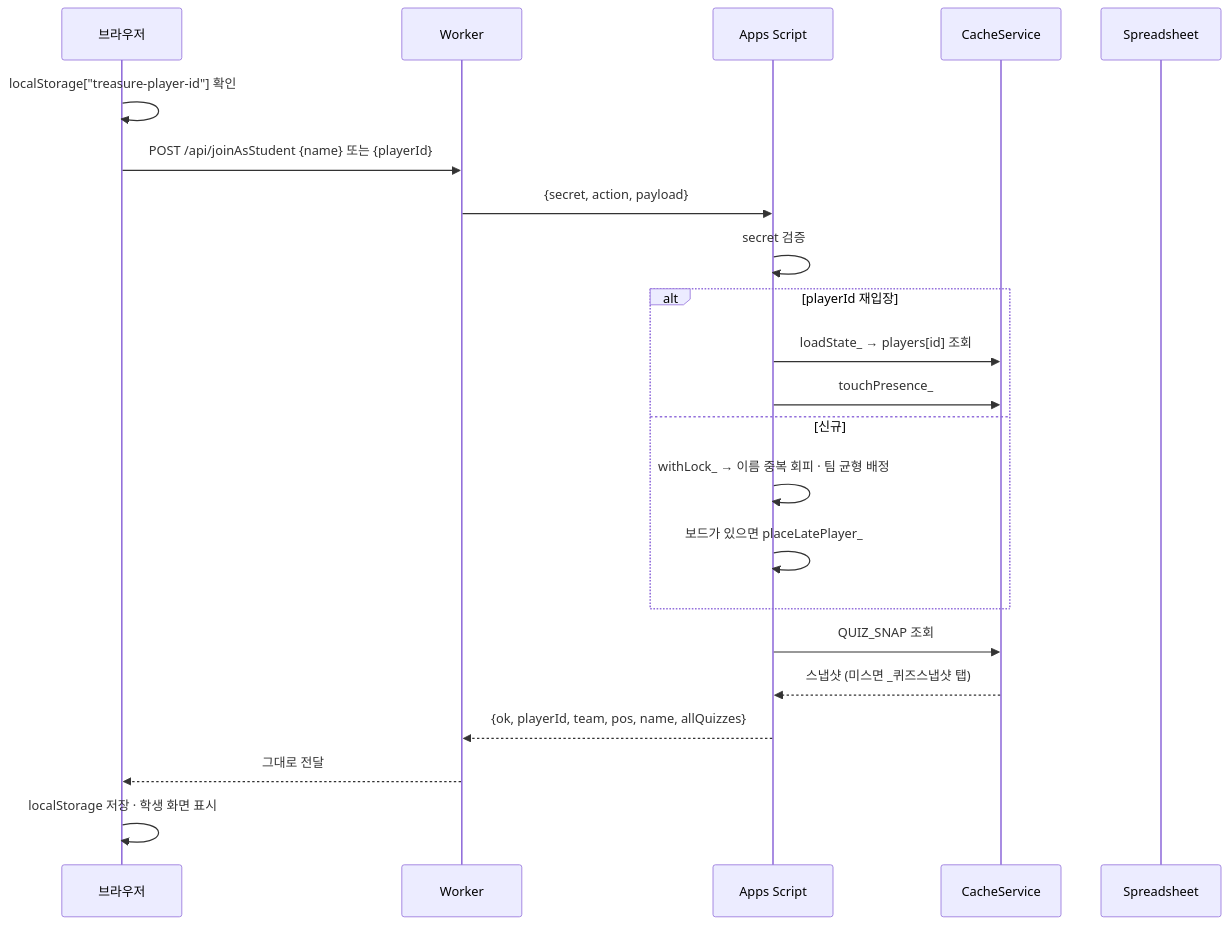
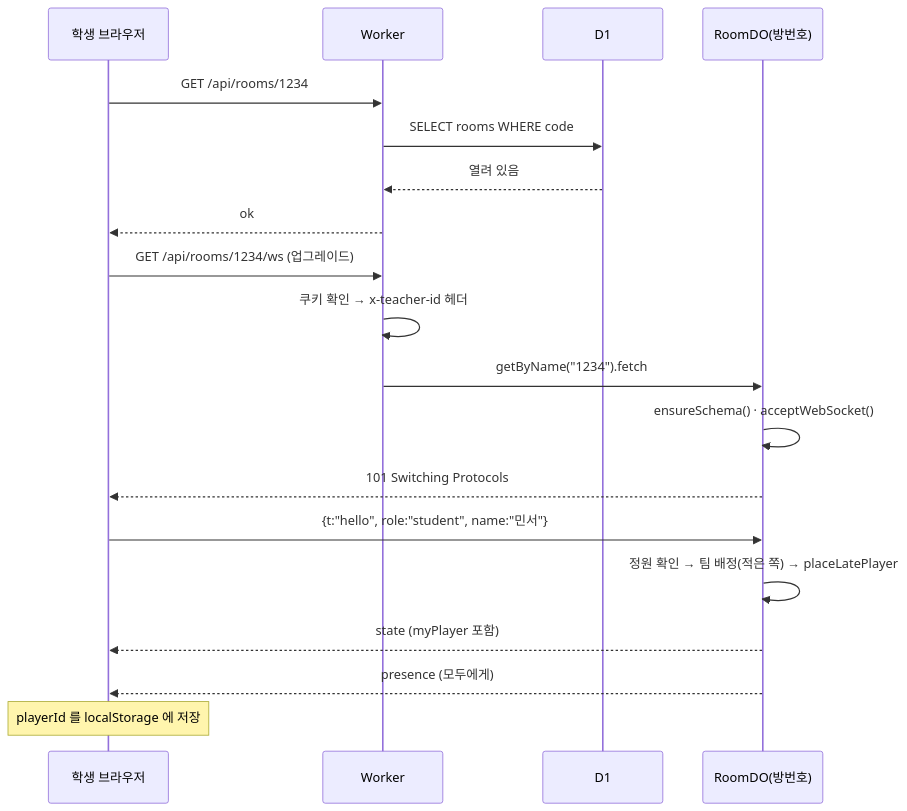
The fifth of 9 diagrams in docs/PROJECT_SPEC.md (nillili/treasure-island-conquest), drawn with Mermaid before and after one commit. The commit also changed other lines of this file and 13 other files, not shown here.

````diff
--- a/docs/PROJECT_SPEC.md
+++ b/docs/PROJECT_SPEC.md
@@ -497,25 +642,24 @@
 ```mermaid
 sequenceDiagram
-    participant B as 브라우저
+    participant B as 학생 브라우저
     participant W as Worker
-    participant G as Apps Script
-    participant C as CacheService
-    participant S as Spreadsheet
+    participant D1 as D1
+    participant R as RoomDO(방번호)
 
-    B->>B: localStorage["treasure-player-id"] 확인
-    B->>W: POST /api/joinAsStudent {name} 또는 {playerId}
-    W->>G: {secret, action, payload}
-    G->>G: secret 검증
-    alt playerId 재입장
-        G->>C: loadState_ → players[id] 조회
-        G->>C: touchPresence_
-    else 신규
-        G->>G: withLock_ → 이름 중복 회피 · 팀 균형 배정
-        G->>G: 보드가 있으면 placeLatePlayer_
-    end
-    G->>C: QUIZ_SNAP 조회
-    C-->>G: 스냅샷 (미스면 _퀴즈스냅샷 탭)
-    G-->>W: {ok, playerId, team, pos, name, allQuizzes}
-    W-->>B: 그대로 전달
-    B->>B: localStorage 저장 · 학생 화면 표시
+    B->>W: GET /api/rooms/1234
+    W->>D1: SELECT rooms WHERE code
+    D1-->>W: 열려 있음
+    W-->>B: ok
+
+    B->>W: GET /api/rooms/1234/ws (업그레이드)
+    W->>W: 쿠키 확인 → x-teacher-id 헤더
+    W->>R: getByName("1234").fetch
+    R->>R: ensureSchema() · acceptWebSocket()
+    R-->>B: 101 Switching Protocols
+
+    B->>R: {t:"hello", role:"student", name:"민서"}
+    R->>R: 정원 확인 → 팀 배정(적은 쪽) → placeLatePlayer
+    R-->>B: state (myPlayer 포함)
+    R-->>B: presence (모두에게)
+    Note over B: playerId 를 localStorage 에 저장
 ```
````
